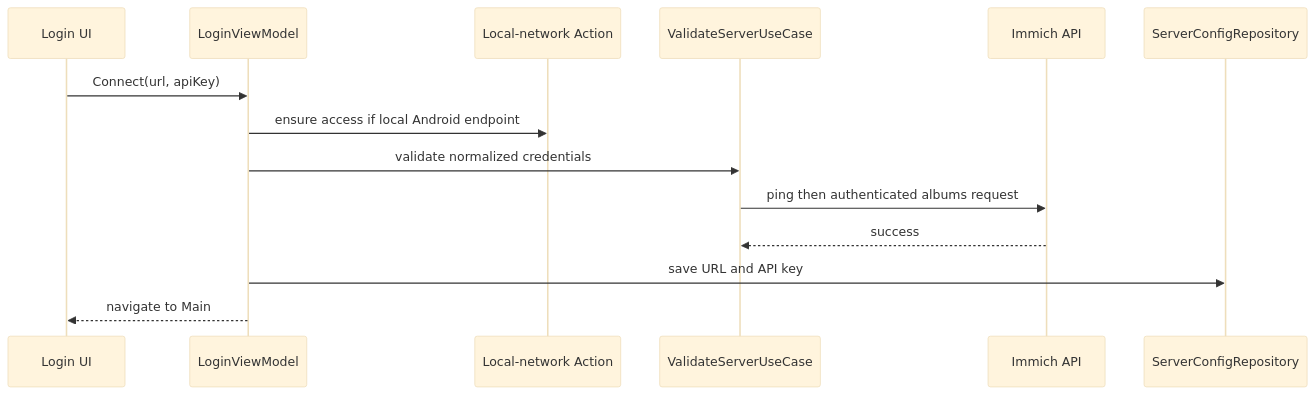
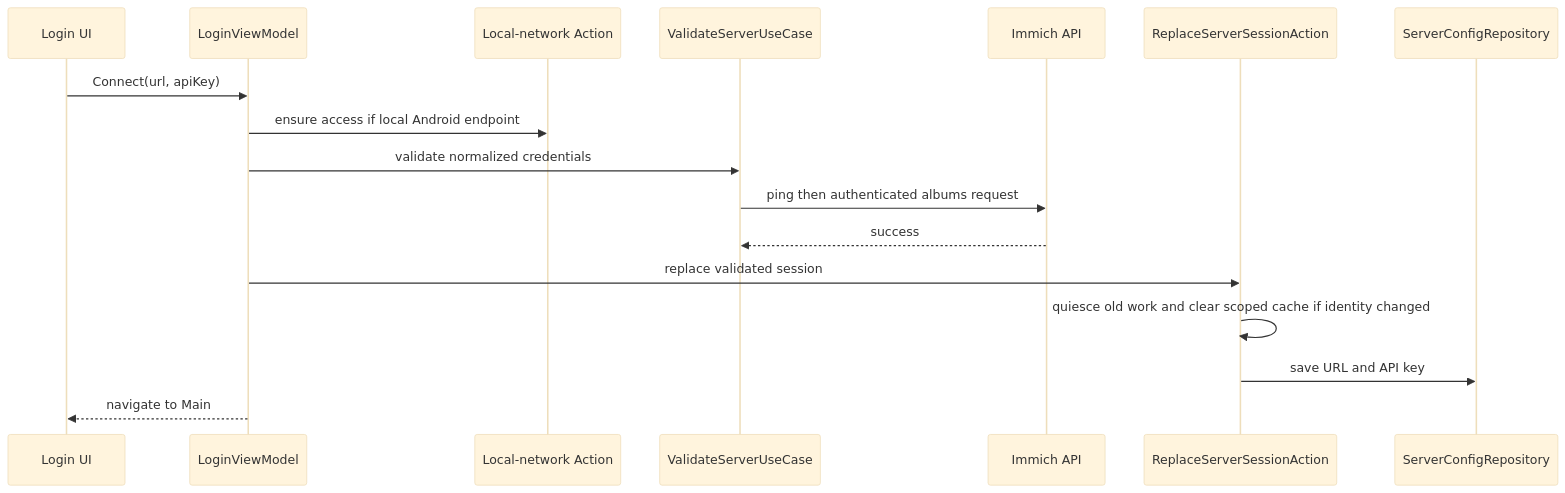
The second of 3 diagrams in docs/ARCHI.md (ch4ndu/ImmichGallery), drawn with Mermaid (base theme) before and after one commit. The commit also changed other lines of this file and 95 other files, not shown here.

````diff
--- a/docs/ARCHI.md
+++ b/docs/ARCHI.md
@@ -665,17 +720,20 @@
 ```mermaid
 sequenceDiagram
     participant UI as Login UI
     participant VM as LoginViewModel
     participant Gate as Local-network Action
     participant Auth as ValidateServerUseCase
     participant API as Immich API
+    participant Session as ReplaceServerSessionAction
     participant Config as ServerConfigRepository
 
     UI->>VM: Connect(url, apiKey)
     VM->>Gate: ensure access if local Android endpoint
     VM->>Auth: validate normalized credentials
     Auth->>API: ping then authenticated albums request
     API-->>Auth: success
-    VM->>Config: save URL and API key
+    VM->>Session: replace validated session
+    Session->>Session: quiesce old work and clear scoped cache if identity changed
+    Session->>Config: save URL and API key
     VM-->>UI: navigate to Main
 ```
````
